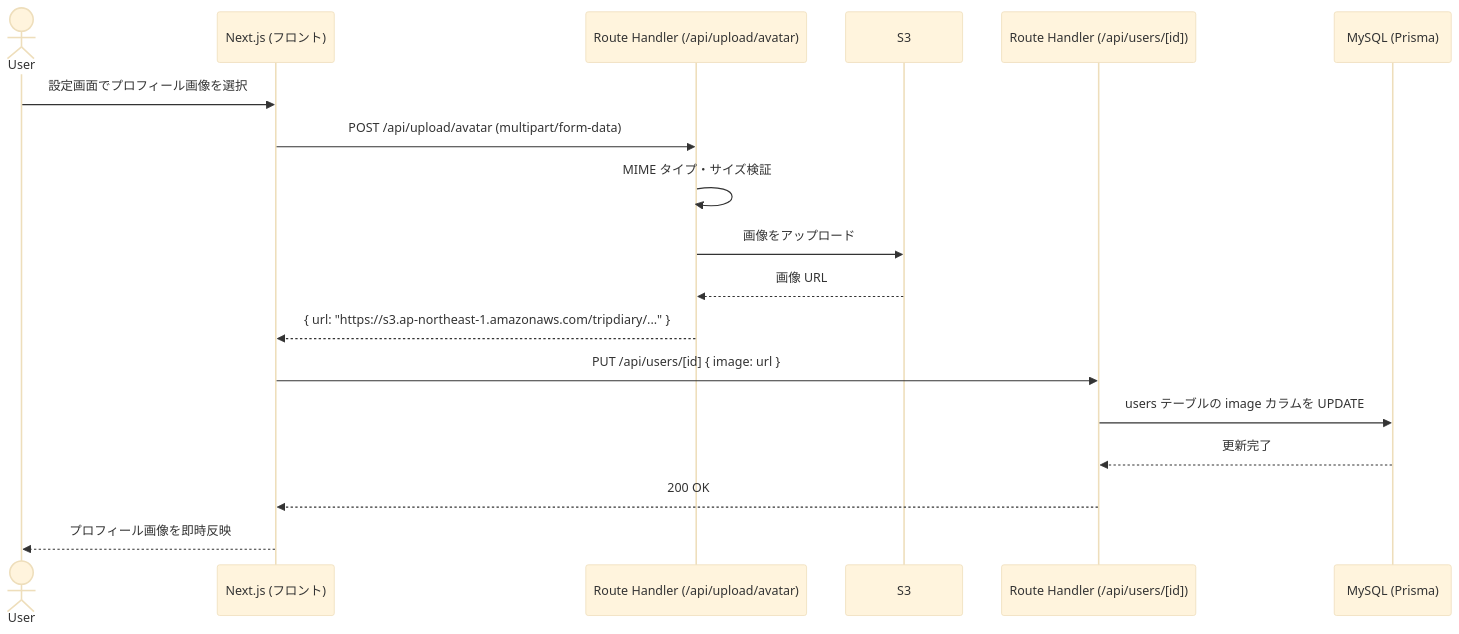
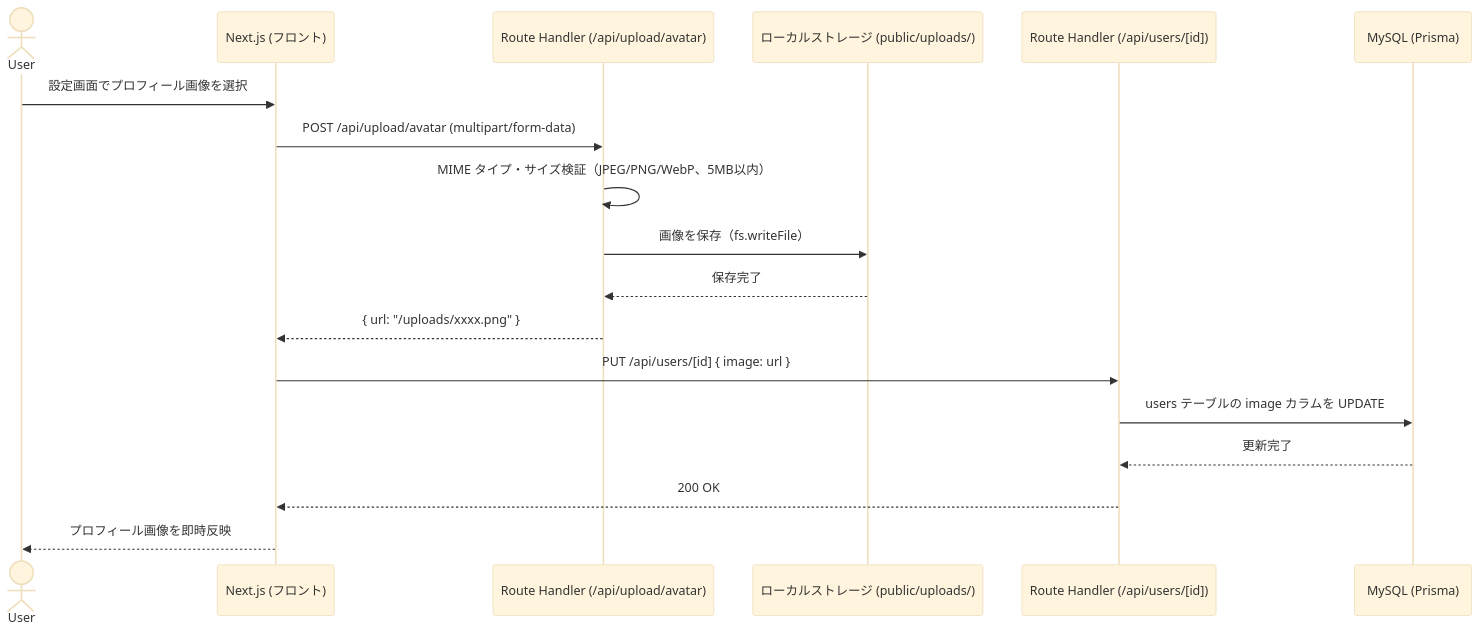
The seventh of 10 diagrams in docs/シーケンス図.md (saki-nakata/TripDiary), drawn with Mermaid (base theme) before and after one commit. The commit also changed other lines of this file and 97 other files, not shown here.

First line of the commit message:
feat: Phase 3 — ユーザー機能・検索・地図ピッカーを実装しUI/ドキュメントを整合

````diff
--- a/docs/シーケンス図.md
+++ b/docs/シーケンス図.md
@@ -208,21 +208,21 @@
 ```mermaid
 sequenceDiagram
     actor User
     participant FE as Next.js (フロント)
     participant UploadAPI as Route Handler (/api/upload/avatar)
-    participant S3 as S3
+    participant Storage as ローカルストレージ (public/uploads/)
     participant UserAPI as Route Handler (/api/users/[id])
     participant DB as MySQL (Prisma)
 
     User->>FE: 設定画面でプロフィール画像を選択
     FE->>UploadAPI: POST /api/upload/avatar (multipart/form-data)
-    UploadAPI->>UploadAPI: MIME タイプ・サイズ検証
-    UploadAPI->>S3: 画像をアップロード
-    S3-->>UploadAPI: 画像 URL
-    UploadAPI-->>FE: { url: "https://s3.ap-northeast-1.amazonaws.com/tripdiary/..." }
+    UploadAPI->>UploadAPI: MIME タイプ・サイズ検証（JPEG/PNG/WebP、5MB以内）
+    UploadAPI->>Storage: 画像を保存（fs.writeFile）
+    Storage-->>UploadAPI: 保存完了
+    UploadAPI-->>FE: { url: "/uploads/xxxx.png" }
     FE->>UserAPI: PUT /api/users/[id] { image: url }
     UserAPI->>DB: users テーブルの image カラムを UPDATE
     DB-->>UserAPI: 更新完了
     UserAPI-->>FE: 200 OK
     FE-->>User: プロフィール画像を即時反映
 ```
````
